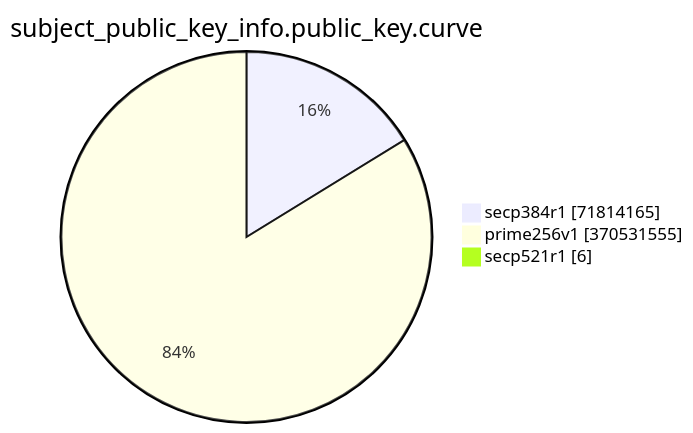
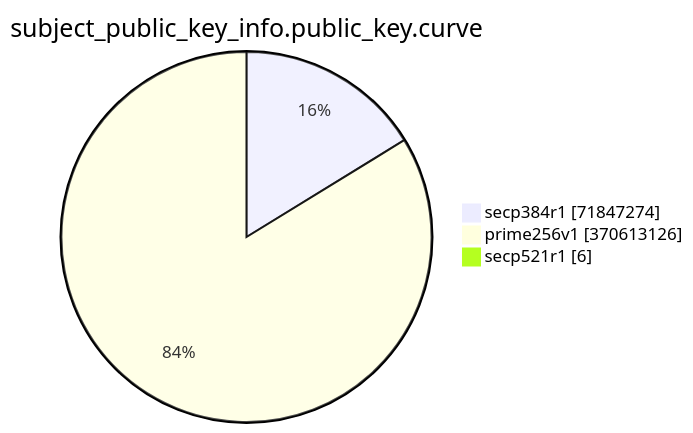
Before and after one commit to christiankrug/ctmonitor_visualization: the eighth of 15 diagrams in TOTAL/README.md, drawn with Mermaid. The commit also changed other lines of this file, not shown here.

````diff
--- a/TOTAL/README.md
+++ b/TOTAL/README.md
@@ -3092,7 +3092,7 @@
 ```mermaid
 pie showData
 title subject_public_key_info.public_key.curve
-"secp384r1" :71814165
-"prime256v1" :370531555
+"secp384r1" :71847274
+"prime256v1" :370613126
 "secp521r1" :6
 ```
````
